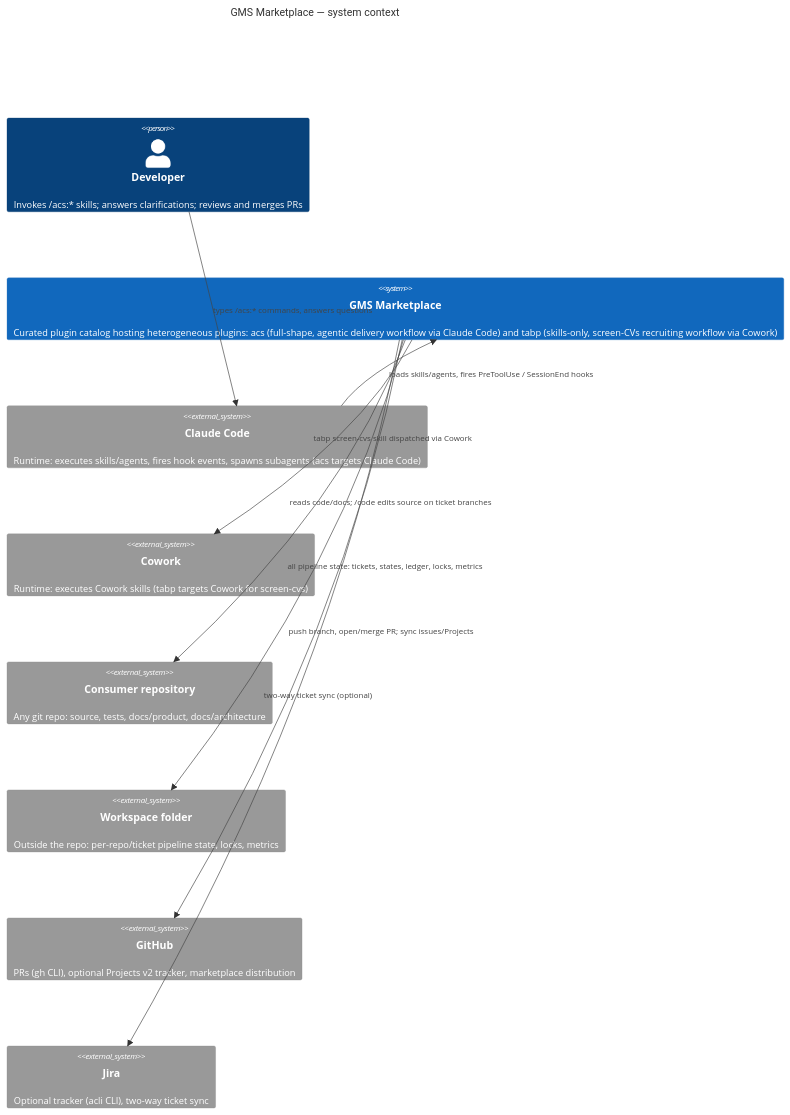
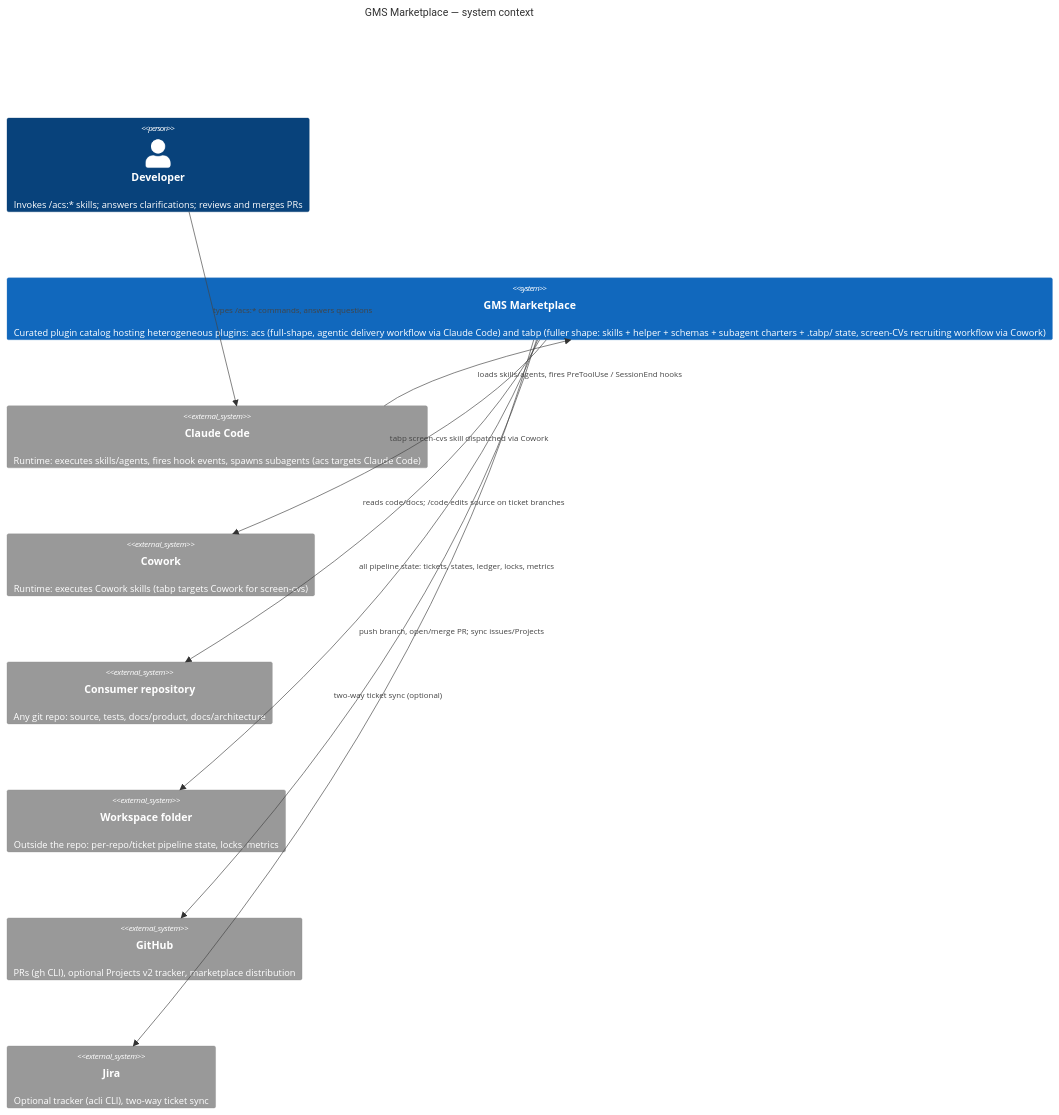
Before and after one commit to globalmindsolution/gms-marketplace: the diagram in docs/architecture/hld/c4-context.md, drawn with Mermaid. The commit also changed 33 other files, not shown here.

First line of the commit message:
[MAR-2] tabp quality-patterns foundation — namespaced structured state, coordinator/subagent + reflection scaffolding (#87)

````diff
--- a/docs/architecture/hld/c4-context.md
+++ b/docs/architecture/hld/c4-context.md
@@ -3,23 +3,23 @@
 ```mermaid
 C4Context
     title GMS Marketplace — system context
 
     Person(dev, "Developer", "Invokes /acs:* skills; answers clarifications; reviews and merges PRs")
 
-    System(mkt, "GMS Marketplace", "Curated plugin catalog hosting heterogeneous plugins: acs (full-shape, agentic delivery workflow via Claude Code) and tabp (skills-only, screen-CVs recruiting workflow via Cowork)")
+    System(mkt, "GMS Marketplace", "Curated plugin catalog hosting heterogeneous plugins: acs (full-shape, agentic delivery workflow via Claude Code) and tabp (fuller shape: skills + helper + schemas + subagent charters + .tabp/ state, screen-CVs recruiting workflow via Cowork)")
 
     System_Ext(cc, "Claude Code", "Runtime: executes skills/agents, fires hook events, spawns subagents (acs targets Claude Code)")
     System_Ext(cowork, "Cowork", "Runtime: executes Cowork skills (tabp targets Cowork for screen-cvs)")
     System_Ext(repo, "Consumer repository", "Any git repo: source, tests, docs/product, docs/architecture")
     System_Ext(ws, "Workspace folder", "Outside the repo: per-repo/ticket pipeline state, locks, metrics")
     System_Ext(gh, "GitHub", "PRs (gh CLI), optional Projects v2 tracker, marketplace distribution")
     System_Ext(jira, "Jira", "Optional tracker (acli CLI), two-way ticket sync")
 
     Rel(dev, cc, "types /acs:* commands, answers questions")
     Rel(cc, mkt, "loads skills/agents, fires PreToolUse / SessionEnd hooks")
     Rel(mkt, cowork, "tabp screen-cvs skill dispatched via Cowork")
     Rel(mkt, repo, "reads code/docs; /code edits source on ticket branches")
     Rel(mkt, ws, "all pipeline state: tickets, states, ledger, locks, metrics")
     Rel(mkt, gh, "push branch, open/merge PR; sync issues/Projects")
     Rel(mkt, jira, "two-way ticket sync (optional)")
 ```
````
